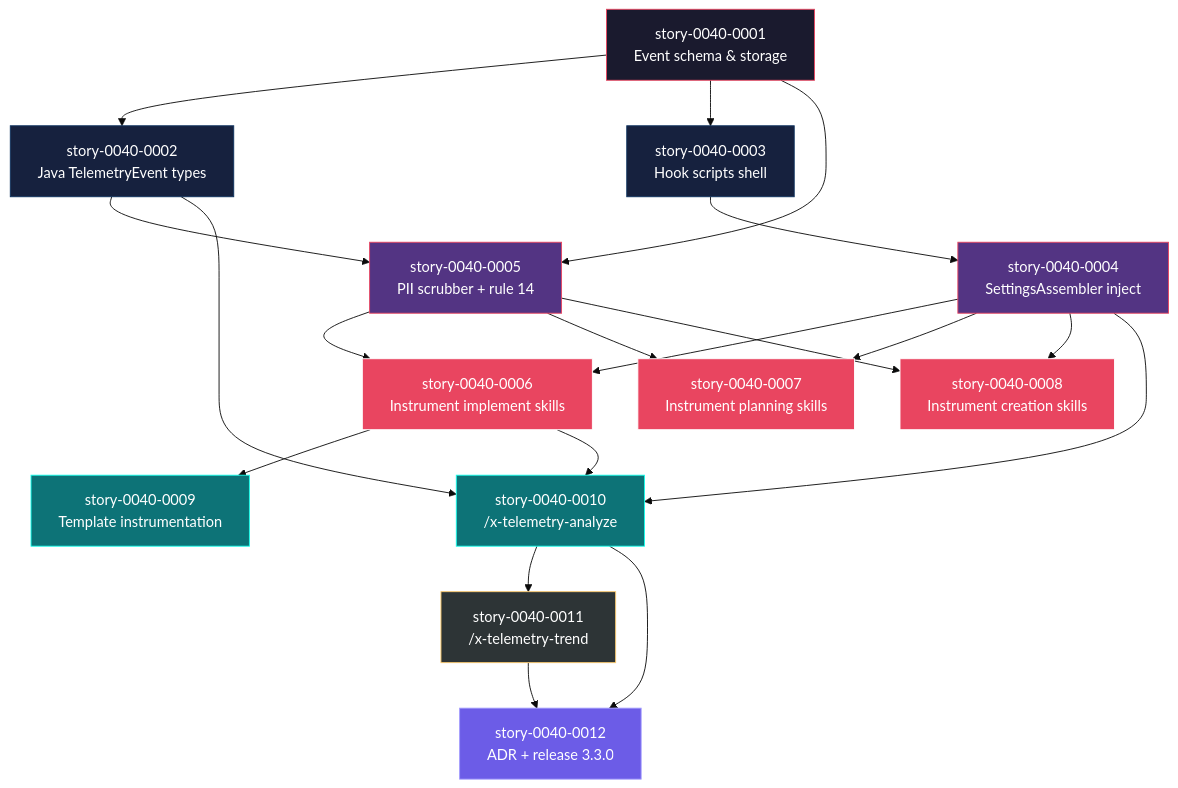
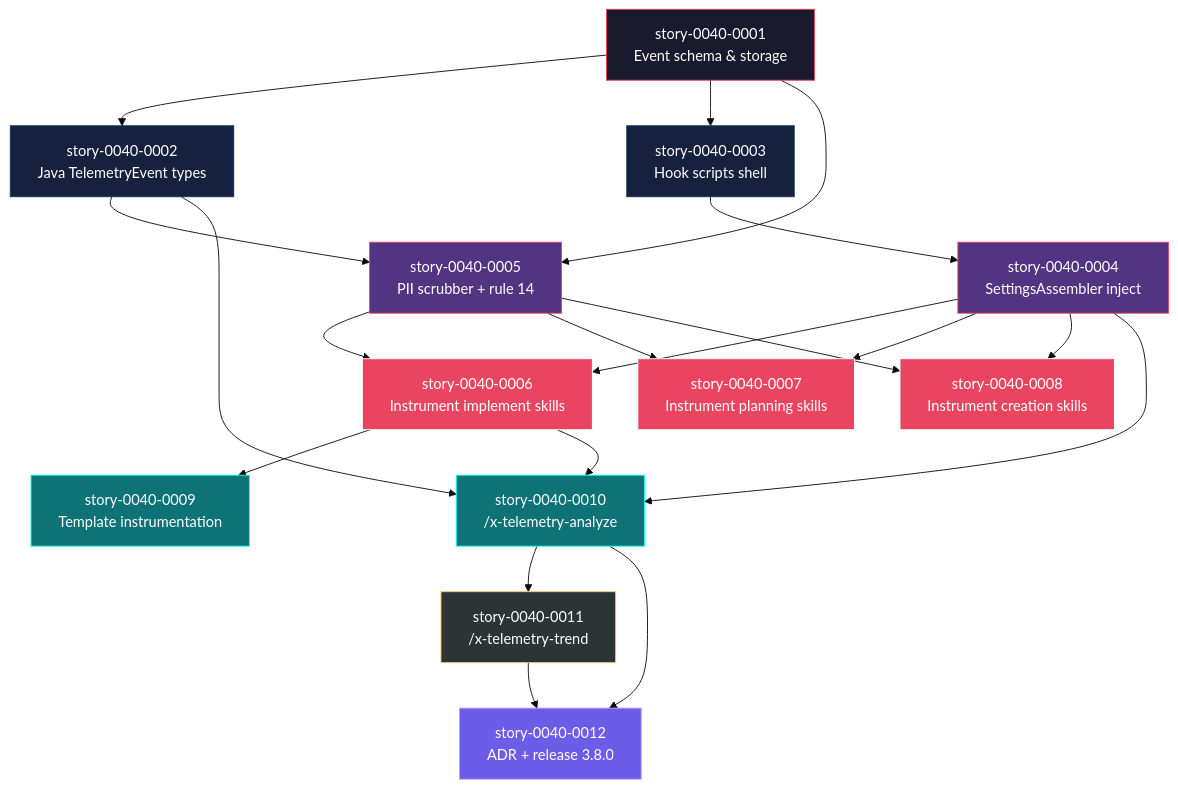
One commit to edercnj/ia-dev-environment changed the first of 2 diagrams in plans/epic-0040/IMPLEMENTATION-MAP.md. Above: the diagram before and after it, drawn with Mermaid (base theme). The commit also changed other lines of this file and 2 other files, not shown here.

First line of the commit message:
chore(epic-0040): retarget release to 3.8.0

````diff
--- a/plans/epic-0040/IMPLEMENTATION-MAP.md
+++ b/plans/epic-0040/IMPLEMENTATION-MAP.md
@@ -124,62 +124,62 @@
 ```mermaid
 graph TD
     S0001["story-0040-0001<br/>Event schema & storage"]
     S0002["story-0040-0002<br/>Java TelemetryEvent types"]
     S0003["story-0040-0003<br/>Hook scripts shell"]
     S0004["story-0040-0004<br/>SettingsAssembler inject"]
     S0005["story-0040-0005<br/>PII scrubber + rule 14"]
     S0006["story-0040-0006<br/>Instrument implement skills"]
     S0007["story-0040-0007<br/>Instrument planning skills"]
     S0008["story-0040-0008<br/>Instrument creation skills"]
     S0009["story-0040-0009<br/>Template instrumentation"]
     S0010["story-0040-0010<br/>/x-telemetry-analyze"]
     S0011["story-0040-0011<br/>/x-telemetry-trend"]
-    S0012["story-0040-0012<br/>ADR + release 3.3.0"]
+    S0012["story-0040-0012<br/>ADR + release 3.8.0"]
 
     %% Fase 0 → 1
     S0001 --> S0002
     S0001 --> S0003
 
     %% Fase 1 → 2
     S0003 --> S0004
     S0001 --> S0005
     S0002 --> S0005
 
     %% Fase 2 → 3
     S0004 --> S0006
     S0004 --> S0007
     S0004 --> S0008
     S0005 --> S0006
     S0005 --> S0007
     S0005 --> S0008
 
     %% Fase 3 → 4
     S0006 --> S0009
     S0006 --> S0010
     S0002 --> S0010
     S0004 --> S0010
 
     %% Fase 4 → 5
     S0010 --> S0011
 
     %% Fase 5 → 6
     S0010 --> S0012
     S0011 --> S0012
 
     %% Estilos por fase
     classDef fase0 fill:#1a1a2e,stroke:#e94560,color:#fff
     classDef fase1 fill:#16213e,stroke:#0f3460,color:#fff
     classDef fase2 fill:#533483,stroke:#e94560,color:#fff
     classDef fase3 fill:#e94560,stroke:#fff,color:#fff
     classDef fase4 fill:#0d7377,stroke:#14ffec,color:#fff
     classDef fase5 fill:#2d3436,stroke:#fdcb6e,color:#fff
     classDef fase6 fill:#6c5ce7,stroke:#a29bfe,color:#fff
 
     class S0001 fase0
     class S0002,S0003 fase1
     class S0004,S0005 fase2
     class S0006,S0007,S0008 fase3
     class S0009,S0010 fase4
     class S0011 fase5
     class S0012 fase6
 ```
````
